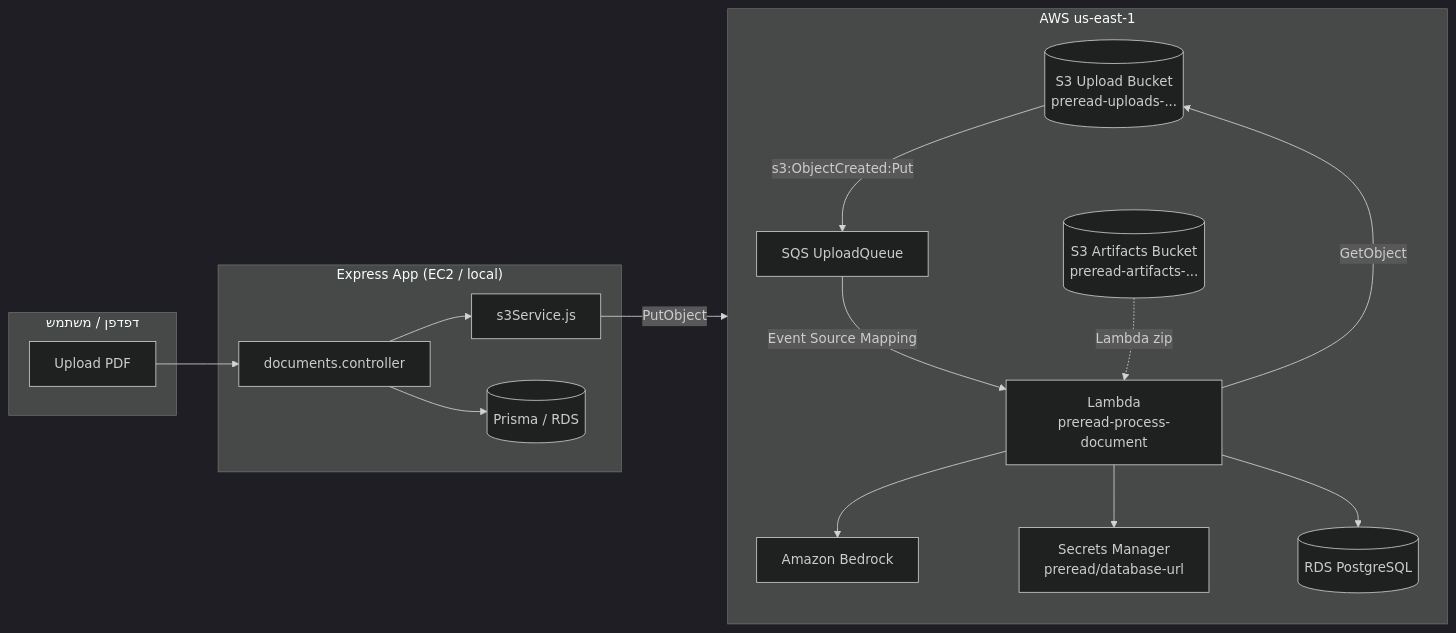
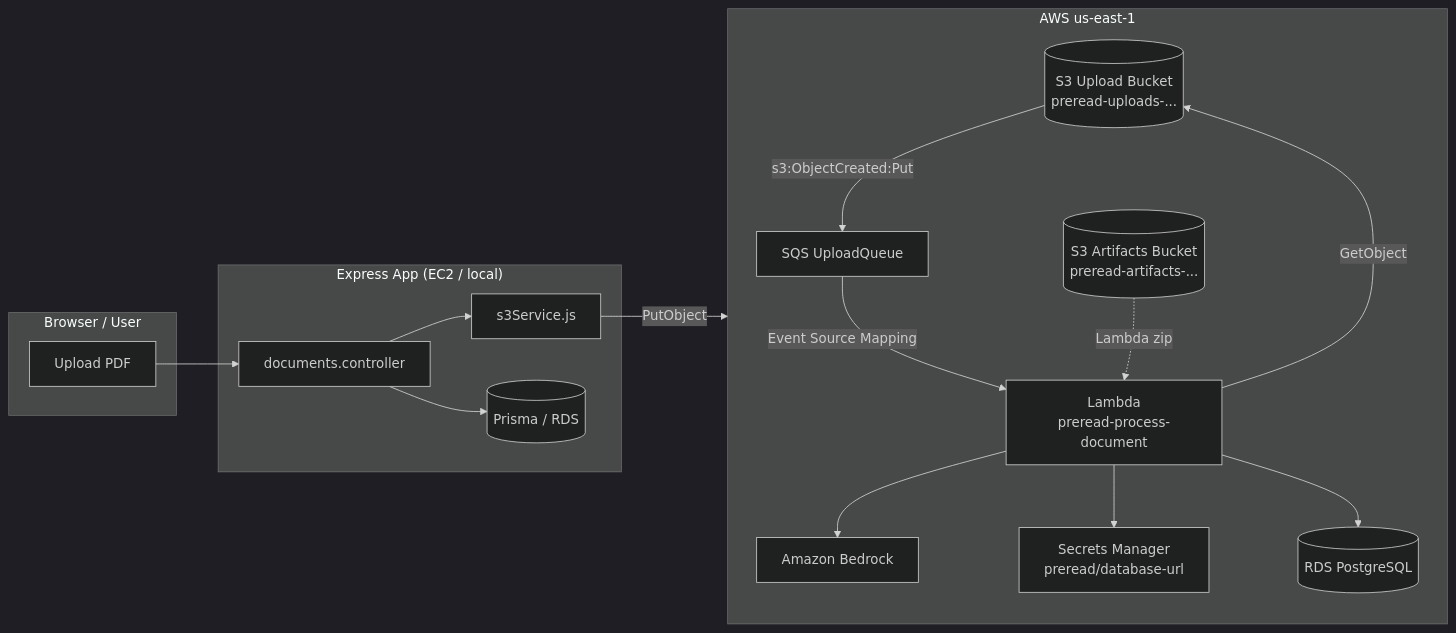
One commit to eilon-sh/PreRead changed the first of 2 diagrams in docs/aws-infrastructure.md. Above: the diagram before and after it, drawn with Mermaid (dark theme). The commit also changed other lines of this file and 18 other files, not shown here.

````diff
--- a/docs/aws-infrastructure.md
+++ b/docs/aws-infrastructure.md
@@ -44,35 +44,35 @@
 ```mermaid
 flowchart LR
-  subgraph Client["דפדפן / משתמש"]
+  subgraph Client["Browser / User"]
     U[Upload PDF]
   end
 
   subgraph App["Express App (EC2 / local)"]
     API[documents.controller]
     S3SVC[s3Service.js]
     DB1[(Prisma / RDS)]
   end
 
   subgraph AWS["AWS us-east-1"]
   direction TB
     BUCKET[(S3 Upload Bucket<br/>preread-uploads-...)]
     QUEUE[SQS UploadQueue]
     LAMBDA[Lambda<br/>preread-process-document]
     BEDROCK[Amazon Bedrock]
     SECRET[Secrets Manager<br/>preread/database-url]
     ARTIFACTS[(S3 Artifacts Bucket<br/>preread-artifacts-...)]
     RDS[(RDS PostgreSQL)]
   end
 
   U --> API
   API --> DB1
   API --> S3SVC
   S3SVC -->|PutObject| BUCKET
   BUCKET -->|s3:ObjectCreated:Put| QUEUE
   QUEUE -->|Event Source Mapping| LAMBDA
   LAMBDA -->|GetObject| BUCKET
   LAMBDA --> BEDROCK
   LAMBDA --> SECRET
   LAMBDA --> RDS
   ARTIFACTS -.->|Lambda zip| LAMBDA
 ```
````
